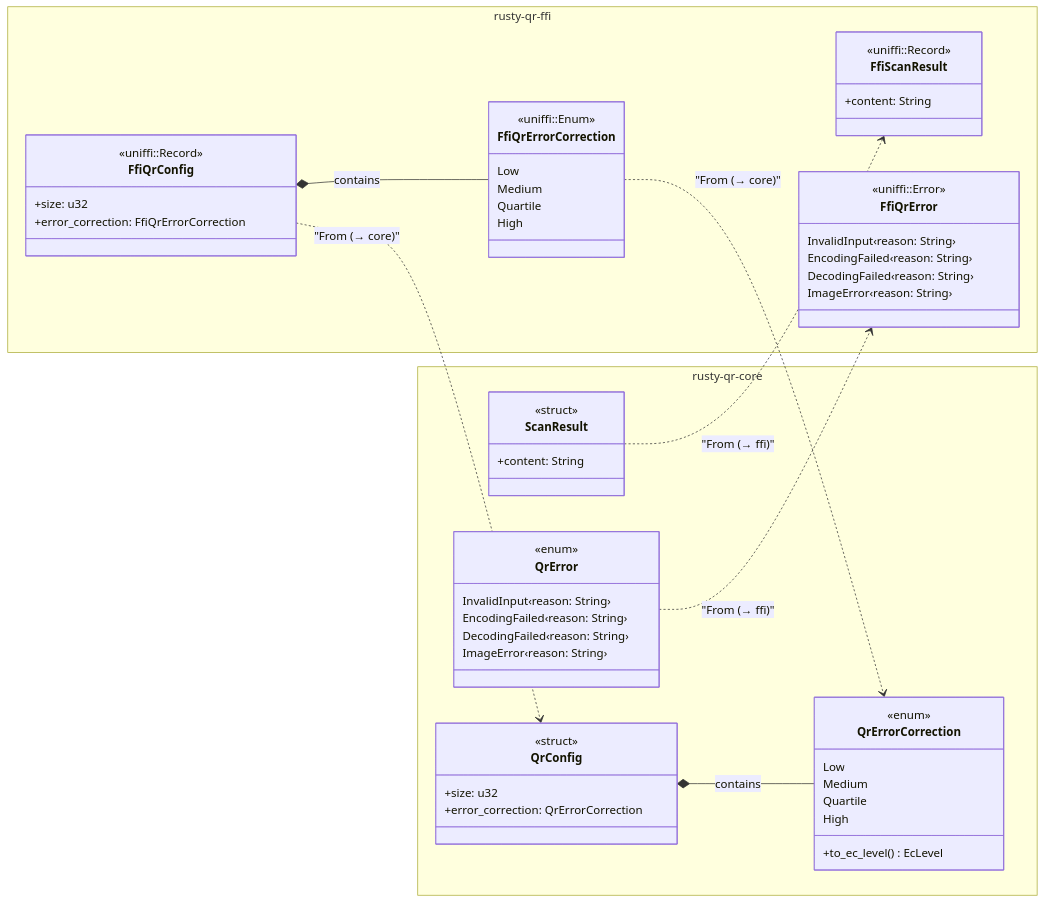
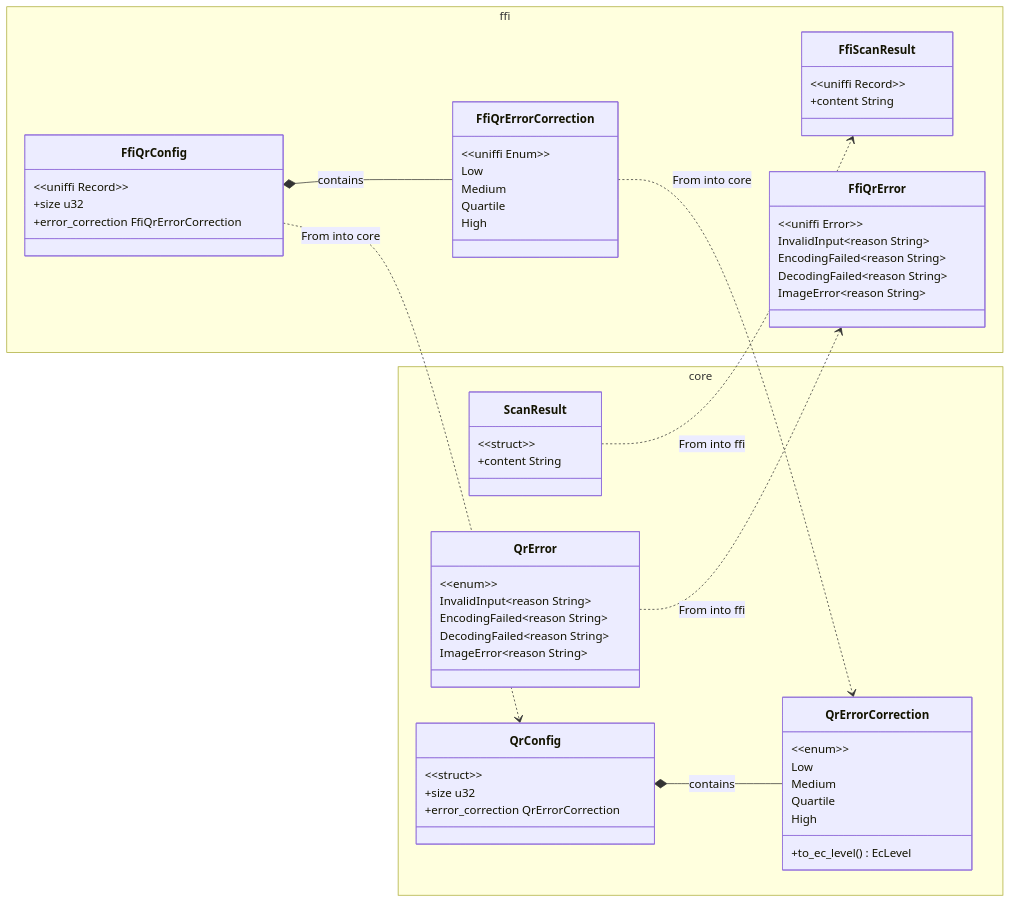
One commit to prasannajeet/RustyQR changed the sixth of 8 diagrams in rustSDK/README.md. Above: the diagram before and after it, drawn with Mermaid.

````diff
--- a/rustSDK/README.md
+++ b/rustSDK/README.md
@@ -580,71 +580,71 @@
 ```mermaid
 classDiagram
     direction LR
 
-    namespace core ["rusty-qr-core"] {
+    namespace core {
         class QrErrorCorrection {
-            <<enum>>
+            &lt;&lt;enum&gt;&gt;
             Low
             Medium
             Quartile
             High
             +to_ec_level() EcLevel
         }
 
         class QrConfig {
-            <<struct>>
-            +size: u32
-            +error_correction: QrErrorCorrection
+            &lt;&lt;struct&gt;&gt;
+            +size u32
+            +error_correction QrErrorCorrection
         }
 
         class ScanResult {
-            <<struct>>
-            +content: String
+            &lt;&lt;struct&gt;&gt;
+            +content String
         }
 
         class QrError {
-            <<enum>>
-            InvalidInput‹reason: String›
-            EncodingFailed‹reason: String›
-            DecodingFailed‹reason: String›
-            ImageError‹reason: String›
+            &lt;&lt;enum&gt;&gt;
+            InvalidInput~reason String~
+            EncodingFailed~reason String~
+            DecodingFailed~reason String~
+            ImageError~reason String~
         }
     }
 
-    namespace ffi ["rusty-qr-ffi"] {
+    namespace ffi {
         class FfiQrErrorCorrection {
-            <<uniffi::Enum>>
+            &lt;&lt;uniffi Enum&gt;&gt;
             Low
             Medium
             Quartile
             High
         }
 
         class FfiQrConfig {
-            <<uniffi::Record>>
-            +size: u32
-            +error_correction: FfiQrErrorCorrection
+            &lt;&lt;uniffi Record&gt;&gt;
+            +size u32
+            +error_correction FfiQrErrorCorrection
         }
 
         class FfiScanResult {
-            <<uniffi::Record>>
-            +content: String
+            &lt;&lt;uniffi Record&gt;&gt;
+            +content String
         }
 
         class FfiQrError {
-            <<uniffi::Error>>
-            InvalidInput‹reason: String›
-            EncodingFailed‹reason: String›
-            DecodingFailed‹reason: String›
-            ImageError‹reason: String›
+            &lt;&lt;uniffi Error&gt;&gt;
+            InvalidInput~reason String~
+            EncodingFailed~reason String~
+            DecodingFailed~reason String~
+            ImageError~reason String~
         }
     }
 
     QrConfig *-- QrErrorCorrection : contains
     FfiQrConfig *-- FfiQrErrorCorrection : contains
 
-    FfiQrErrorCorrection ..> QrErrorCorrection : "From (→ core)"
-    FfiQrConfig ..> QrConfig : "From (→ core)"
-    QrError ..> FfiQrError : "From (→ ffi)"
-    ScanResult ..> FfiScanResult : "From (→ ffi)"
+    FfiQrErrorCorrection ..> QrErrorCorrection : From into core
+    FfiQrConfig ..> QrConfig : From into core
+    QrError ..> FfiQrError : From into ffi
+    ScanResult ..> FfiScanResult : From into ffi
 ```
````
